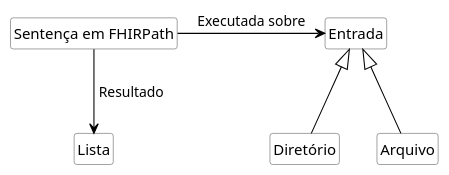
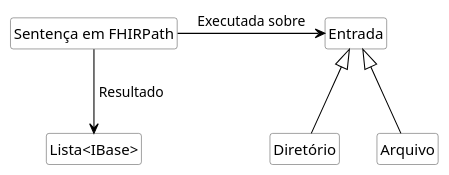
One commit to kyriosdata/rnds changed the diagram in tools/fhirpathcli/UML/analise.puml. Above: the diagram before and after it, drawn with PlantUML.

Commit message:
atualiza figura

```diff
--- a/tools/fhirpathcli/UML/analise.puml
+++ b/tools/fhirpathcli/UML/analise.puml
@@ -1,18 +1,18 @@
 @startuml analise
 
 hide circle
 hide methods
 hide empty members
 
 skinparam class {
     BackgroundColor White
     ArrowColor Black
     BorderColor #505050
 }
 
 Arquivo -up-|> Entrada
 Diretório -up-|> Entrada
 
 "Sentença em FHIRPath" -right-> Entrada : "Executada sobre"
-"Sentença em FHIRPath" -down-> Lista : " Resultado"
+"Sentença em FHIRPath" -down-> "Lista<IBase>" : " Resultado"
 @enduml
```
